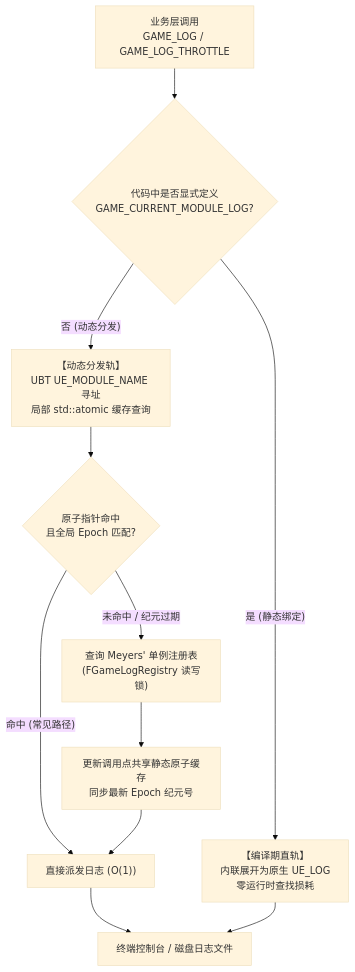
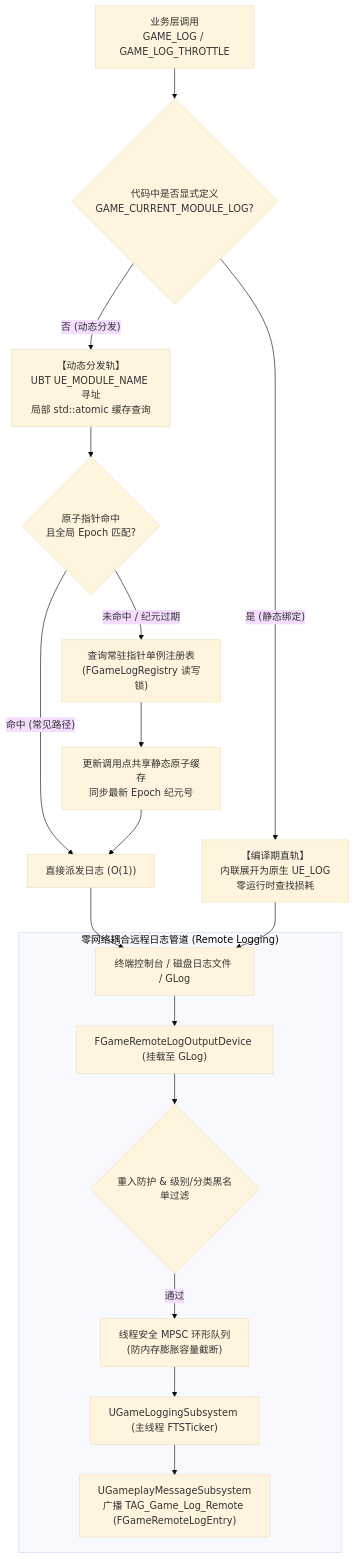
The diagram in Plugins/GameLogging/README.md (YIice-cwj/ue5-toolkit), drawn with Mermaid (base theme) before and after one commit. The commit also changed other lines of this file and 236 other files, not shown here.

````diff
--- a/Plugins/GameLogging/README.md
+++ b/Plugins/GameLogging/README.md
@@ -9,16 +9,24 @@
 ```mermaid
 flowchart TD
     Call["业务层调用<br>GAME_LOG / GAME_LOG_THROTTLE"] --> Check{"代码中是否显式定义<br>GAME_CURRENT_MODULE_LOG?"}
     
     Check -- "是 (静态绑定)" --> CompileTrack["【编译期直轨】<br>内联展开为原生 UE_LOG<br>零运行时查找损耗"]
     Check -- "否 (动态分发)" --> DynamicTrack["【动态分发轨】<br>UBT UE_MODULE_NAME 寻址<br>局部 std::atomic 缓存查询"]
     
     DynamicTrack --> CacheValid{"原子指针命中<br>且全局 Epoch 匹配?"}
     CacheValid -- "命中 (常见路径)" --> FastPath["直接派发日志 (O(1))"]
-    CacheValid -- "未命中 / 纪元过期" --> SlowPath["查询 Meyers' 单例注册表<br>(FGameLogRegistry 读写锁)"]
+    CacheValid -- "未命中 / 纪元过期" --> SlowPath["查询常驻指针单例注册表<br>(FGameLogRegistry 读写锁)"]
     SlowPath --> UpdateEpoch["更新调用点共享静态原子缓存<br>同步最新 Epoch 纪元号"]
     UpdateEpoch --> FastPath
     
-    FastPath --> Output["终端控制台 / 磁盘日志文件"]
+    FastPath --> Output["终端控制台 / 磁盘日志文件 / GLog"]
     CompileTrack --> Output
+
+    subgraph RemotePipeline["零网络耦合远程日志管道 (Remote Logging)"]
+        Output --> Hook["FGameRemoteLogOutputDevice (挂载至 GLog)"]
+        Hook --> Guard{"重入防护 & 级别/分类黑名单过滤"}
+        Guard -- 通过 --> Queue["线程安全 MPSC 环形队列<br>(防内存膨胀容量截断)"]
+        Queue --> Ticker["UGameLoggingSubsystem (主线程 FTSTicker)"]
+        Ticker --> Bus["UGameplayMessageSubsystem<br>广播 TAG_Game_Log_Remote (FGameRemoteLogEntry)"]
+    end
 ```
````
